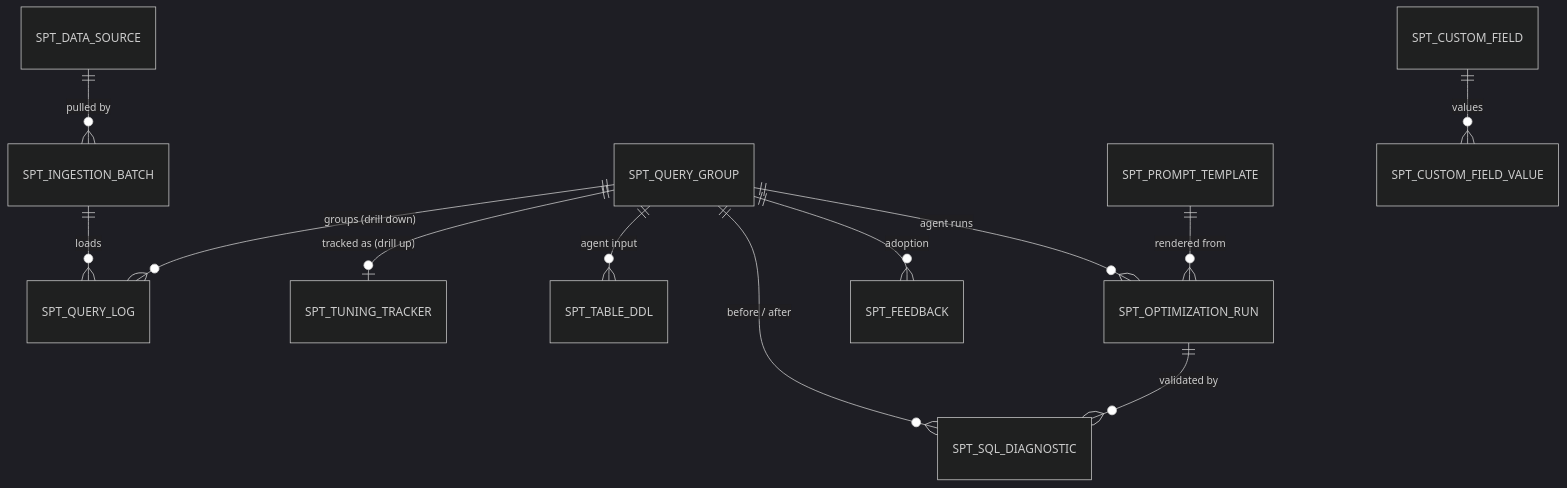
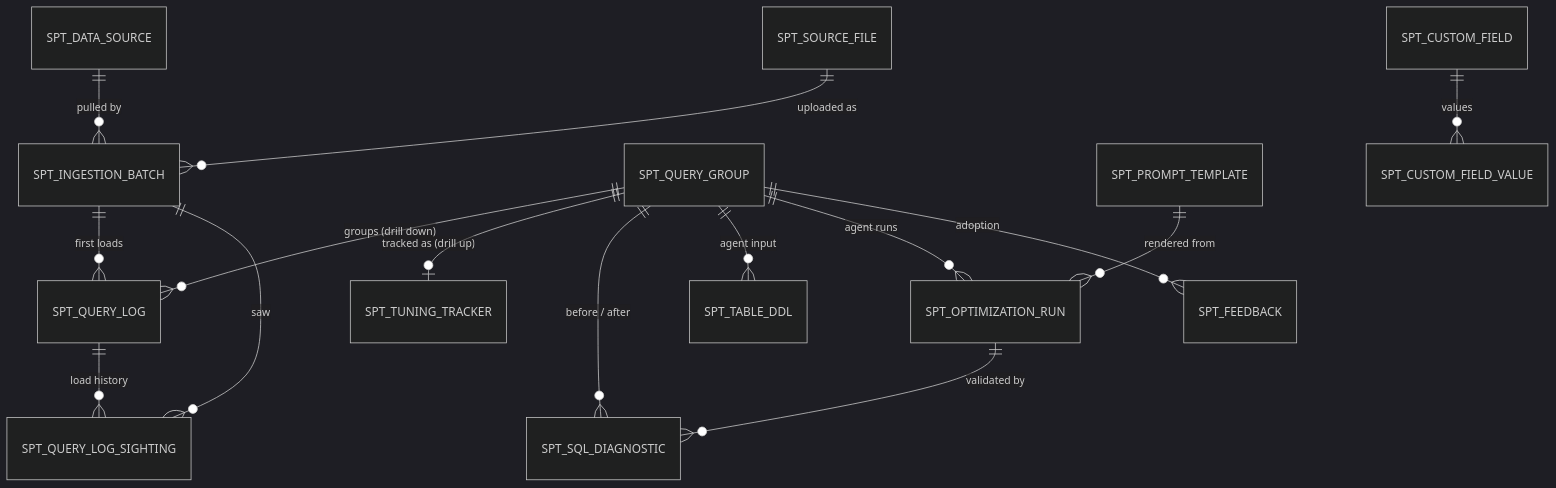
Before and after one commit to tech-coder-ai/sql-perf-tune: the diagram in docs/architecture.md, drawn with Mermaid (dark theme). The commit also changed other lines of this file and 45 other files, not shown here.

````diff
--- a/docs/architecture.md
+++ b/docs/architecture.md
@@ -33,14 +33,17 @@
 ```mermaid
 erDiagram
     SPT_DATA_SOURCE ||--o{ SPT_INGESTION_BATCH : "pulled by"
-    SPT_INGESTION_BATCH ||--o{ SPT_QUERY_LOG : loads
+    SPT_SOURCE_FILE ||--o{ SPT_INGESTION_BATCH : "uploaded as"
+    SPT_INGESTION_BATCH ||--o{ SPT_QUERY_LOG : "first loads"
+    SPT_QUERY_LOG ||--o{ SPT_QUERY_LOG_SIGHTING : "load history"
+    SPT_INGESTION_BATCH ||--o{ SPT_QUERY_LOG_SIGHTING : "saw"
     SPT_QUERY_GROUP ||--o{ SPT_QUERY_LOG : "groups (drill down)"
     SPT_QUERY_GROUP ||--o| SPT_TUNING_TRACKER : "tracked as (drill up)"
     SPT_QUERY_GROUP ||--o{ SPT_SQL_DIAGNOSTIC : "before / after"
     SPT_QUERY_GROUP ||--o{ SPT_TABLE_DDL : "agent input"
     SPT_QUERY_GROUP ||--o{ SPT_OPTIMIZATION_RUN : "agent runs"
     SPT_PROMPT_TEMPLATE ||--o{ SPT_OPTIMIZATION_RUN : "rendered from"
     SPT_OPTIMIZATION_RUN ||--o{ SPT_SQL_DIAGNOSTIC : "validated by"
     SPT_QUERY_GROUP ||--o{ SPT_FEEDBACK : "adoption"
     SPT_CUSTOM_FIELD ||--o{ SPT_CUSTOM_FIELD_VALUE : "values"
 ```
````
